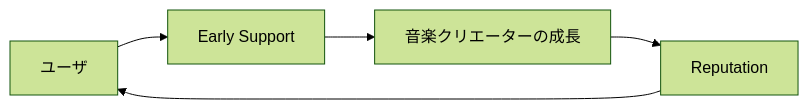
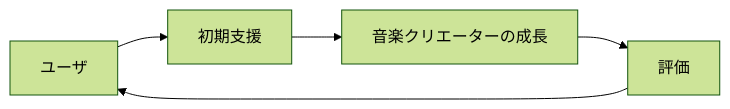
Before and after one commit to ShigeichiroYamasaki/creator-first-platform: the tenth of 27 diagrams in docs/whitepaper/06-economics-mathjax.md, drawn with Mermaid (forest theme). The commit also changed other lines of this file and 72 other files, not shown here.

````diff
--- a/docs/whitepaper/06-economics-mathjax.md
+++ b/docs/whitepaper/06-economics-mathjax.md
@@ -599,12 +599,12 @@
 ```mermaid
 flowchart LR
     USER[ユーザ]
-    EARLY[Early Support]
+    EARLY[初期支援]
     CREATOR[音楽クリエーターの成長]
-    REP[Reputation]
+    REP[評価]
 
     USER --> EARLY
     EARLY --> CREATOR
     CREATOR --> REP
     REP --> USER
 ```
````
